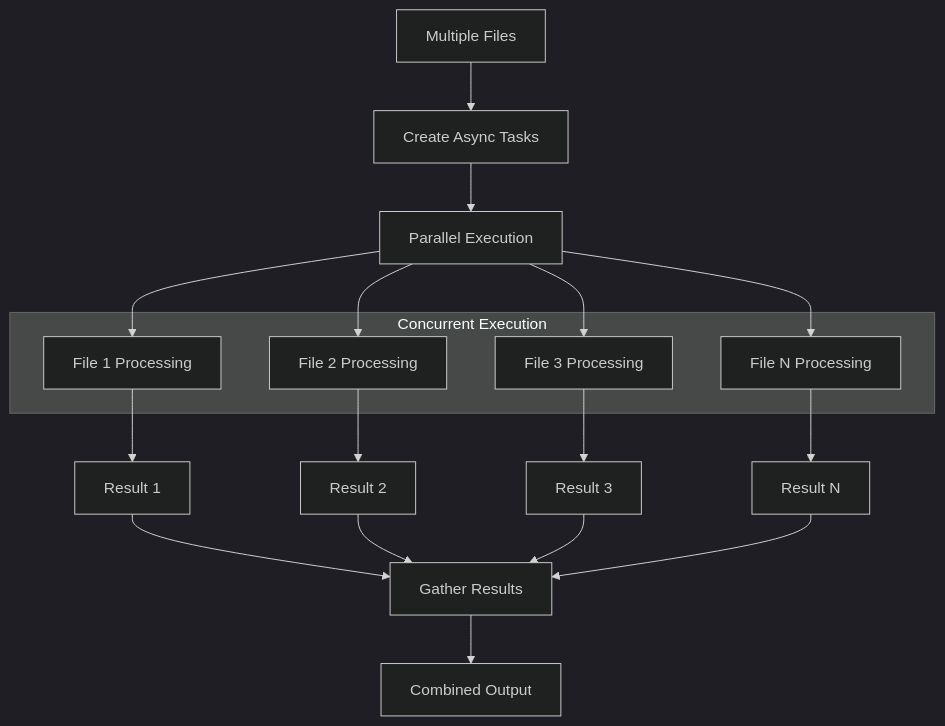
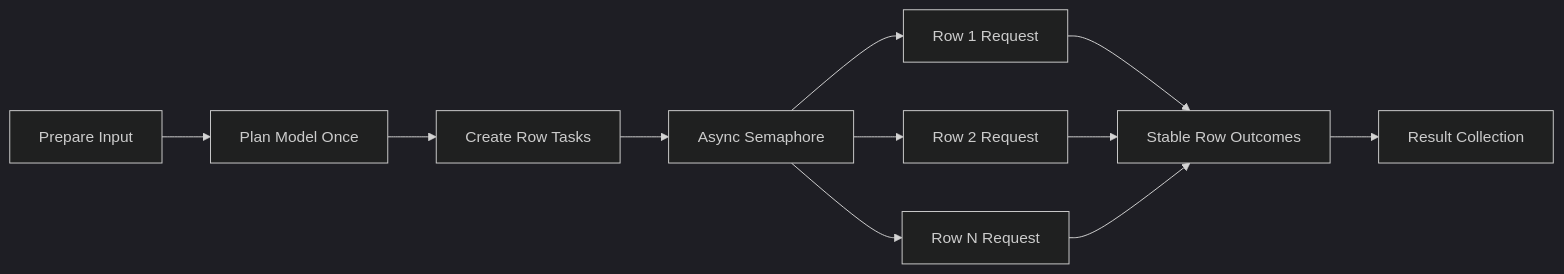
The diagram in docs/guides/async-operations.md (Blacksuan19/structx), drawn with Mermaid (dark theme) before and after one commit. The commit also changed other lines of this file and 15 other files, not shown here.

````diff
--- a/docs/guides/async-operations.md
+++ b/docs/guides/async-operations.md
@@ -42,29 +48,13 @@
 ```mermaid
-graph TB
-    A[Multiple Files] --> B[Create Async Tasks]
-    B --> C[Parallel Execution]
-
-    C --> D1[File 1 Processing]
-    C --> D2[File 2 Processing]
-    C --> D3[File 3 Processing]
-    C --> D4[File N Processing]
-
-    D1 --> E1[Result 1]
-    D2 --> E2[Result 2]
-    D3 --> E3[Result 3]
-    D4 --> E4[Result N]
-
-    E1 --> F[Gather Results]
+graph LR
+    A[Prepare Input] --> B[Plan Model Once]
+    B --> C[Create Row Tasks]
+    C --> D[Async Semaphore]
+    D --> E1[Row 1 Request]
+    D --> E2[Row 2 Request]
+    D --> E3[Row N Request]
+    E1 --> F[Stable Row Outcomes]
     E2 --> F
     E3 --> F
-    E4 --> F
-
-    F --> G[Combined Output]
-
-    subgraph "Concurrent Execution"
-        D1
-        D2
-        D3
-        D4
-    end
+    F --> G[Result Collection]
 ```
````
